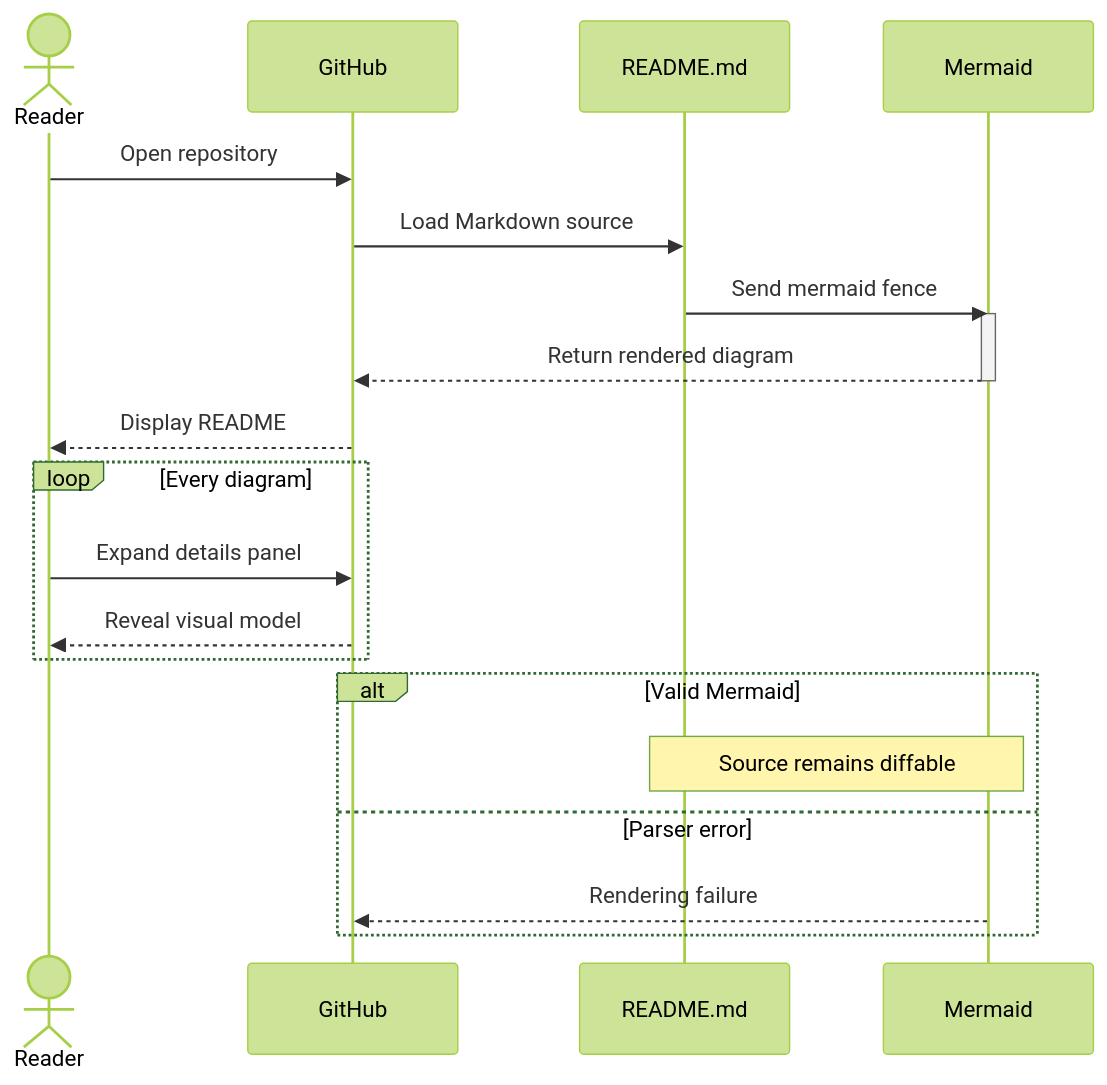
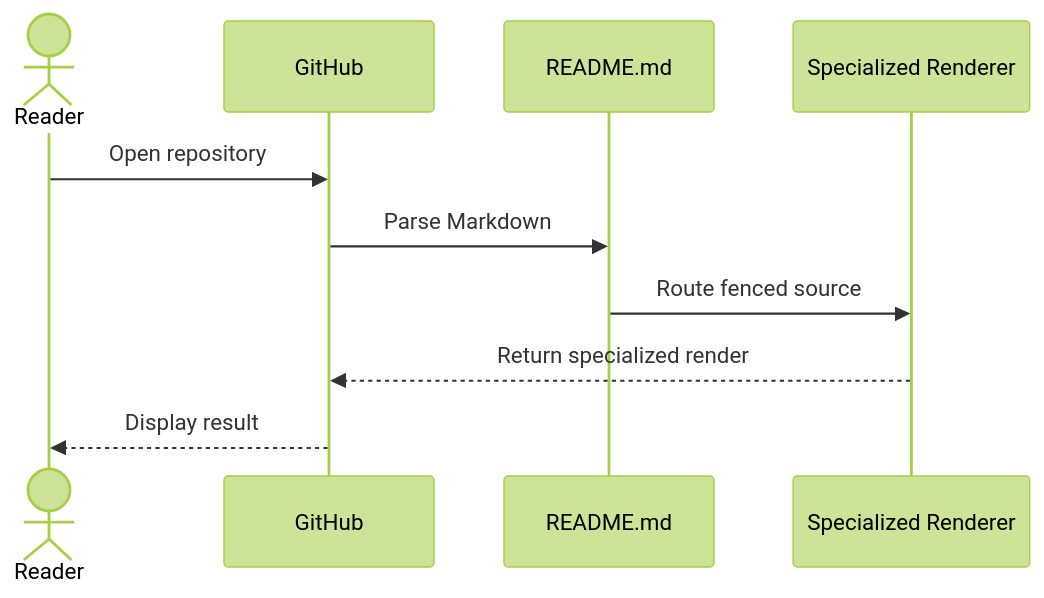
One commit to thiepn/markdown changed the third of 16 diagrams in README.md. Above: the diagram before and after it, drawn with Mermaid (forest theme). The commit also changed other lines of this file, not shown here.

````diff
--- a/README.md
+++ b/README.md
@@ -888,26 +769,12 @@
 ```mermaid
 sequenceDiagram
     actor Reader
     participant GH as GitHub
     participant MD as README.md
-    participant M as Mermaid
-
+    participant R as Specialized Renderer
     Reader->>GH: Open repository
-    GH->>MD: Load Markdown source
-    MD->>M: Send mermaid fence
-    activate M
-    M-->>GH: Return rendered diagram
-    deactivate M
-    GH-->>Reader: Display README
-
-    loop Every diagram
-        Reader->>GH: Expand details panel
-        GH-->>Reader: Reveal visual model
-    end
-
-    alt Valid Mermaid
-        Note over MD,M: Source remains diffable
-    else Parser error
-        M-->>GH: Rendering failure
-    end
+    GH->>MD: Parse Markdown
+    MD->>R: Route fenced source
+    R-->>GH: Return specialized render
+    GH-->>Reader: Display result
 ```
````
